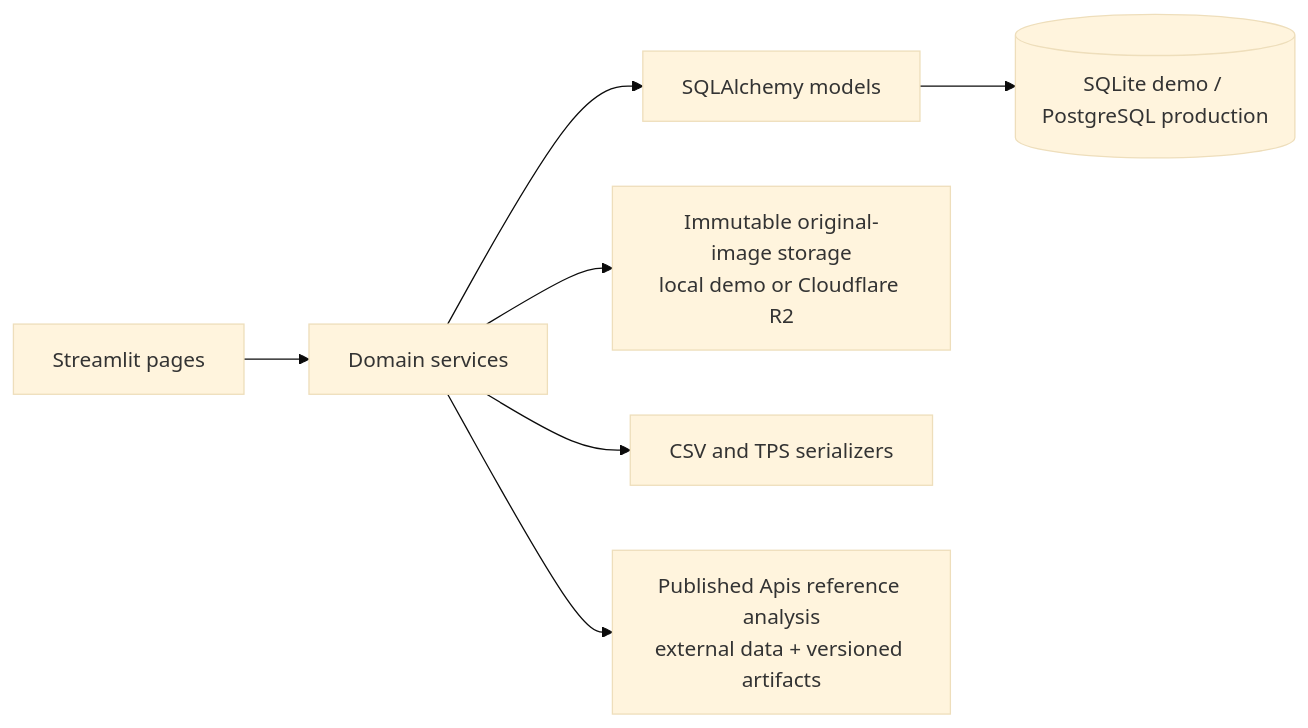
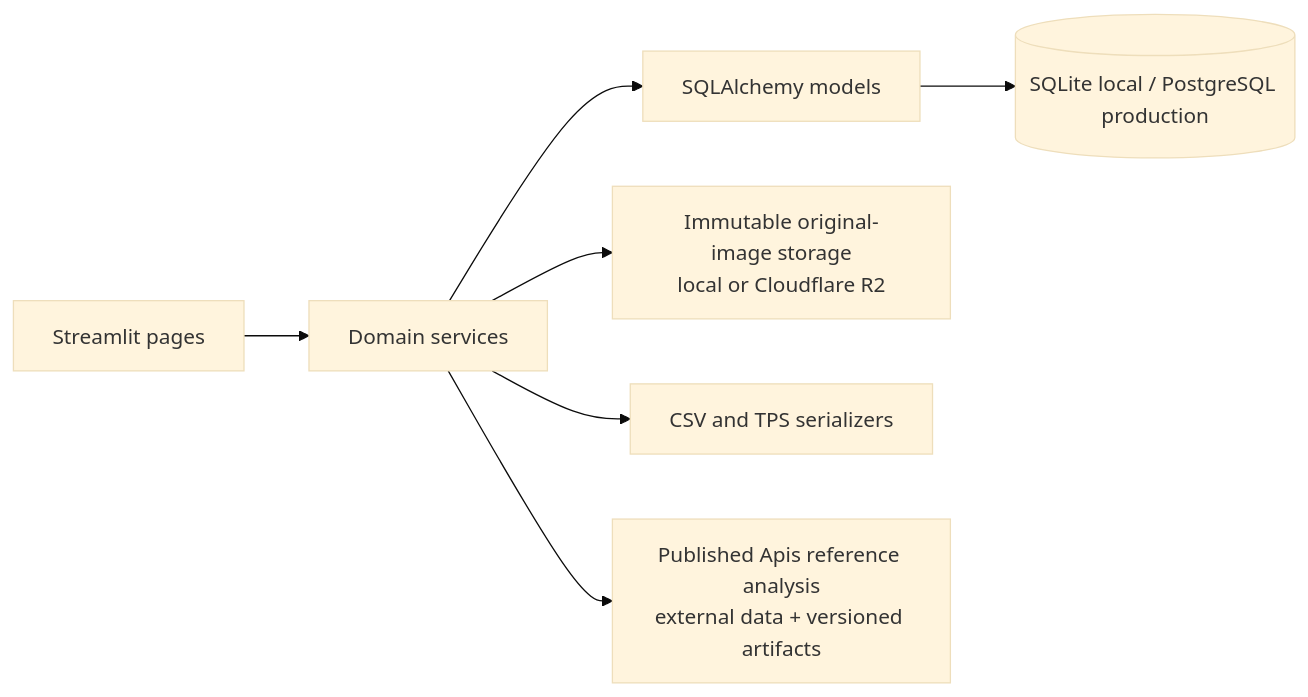
The first of 2 diagrams in docs/ARCHITECTURE.md (vkcvaibhav-eng/global-insect-wing-repository), drawn with Mermaid (base theme) before and after one commit. The commit also changed other lines of this file and 29 other files, not shown here.

````diff
--- a/docs/ARCHITECTURE.md
+++ b/docs/ARCHITECTURE.md
@@ -18,9 +18,9 @@
 ```mermaid
 flowchart LR
     UI["Streamlit pages"] --> SVC["Domain services"]
     SVC --> ORM["SQLAlchemy models"]
-    ORM --> DB[("SQLite demo / PostgreSQL production")]
-    SVC --> STORE["Immutable original-image storage<br/>local demo or Cloudflare R2"]
+    ORM --> DB[("SQLite local / PostgreSQL production")]
+    SVC --> STORE["Immutable original-image storage<br/>local or Cloudflare R2"]
     SVC --> EXP["CSV and TPS serializers"]
     SVC --> APIS["Published Apis reference analysis<br/>external data + versioned artifacts"]
 ```
````
